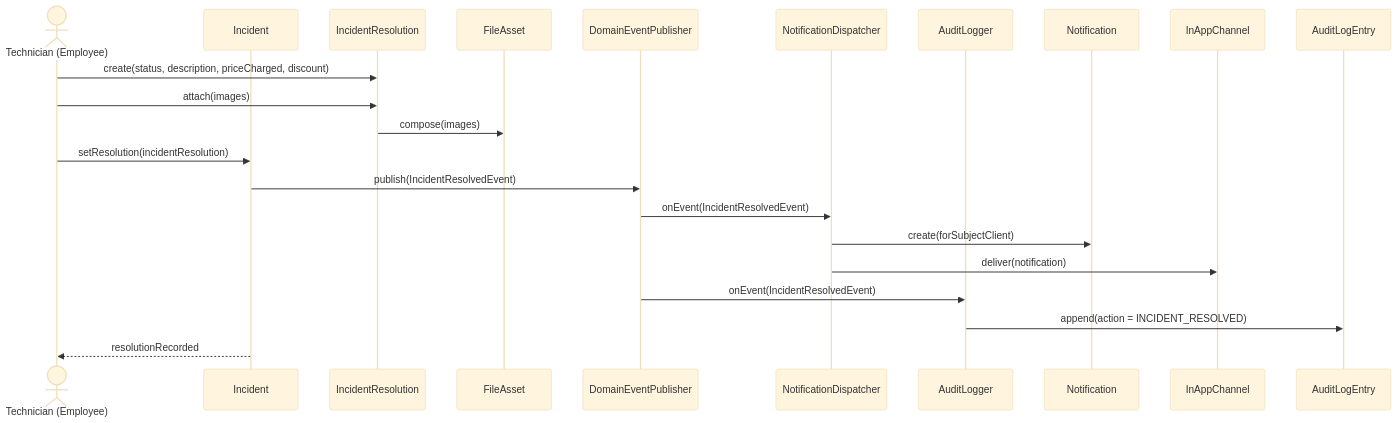
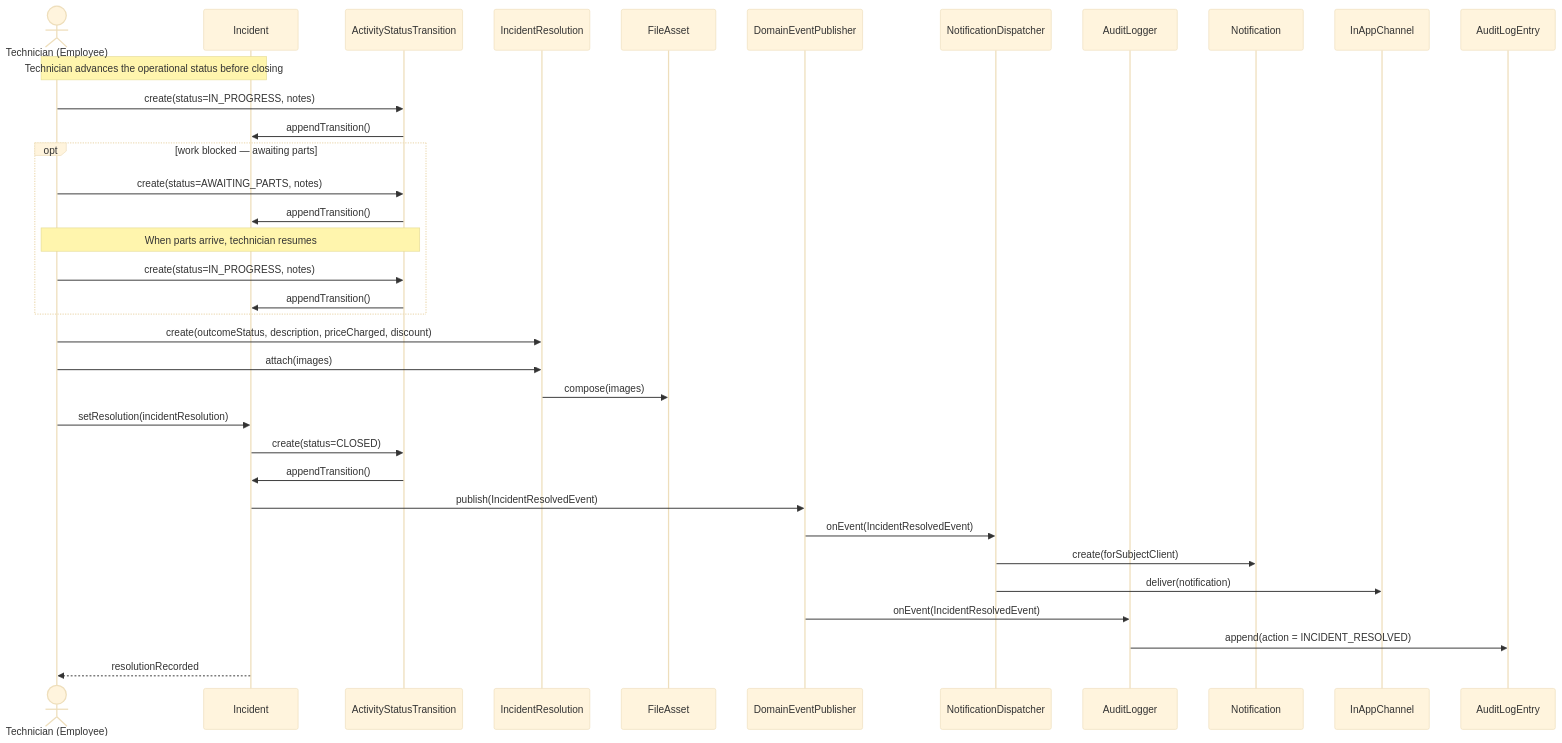
One commit to mariogarcia79/cmms-platform changed the second of 16 diagrams in docs/CMMS-AnalysisWorkflow.md. Above: the diagram before and after it, drawn with Mermaid (base theme). The commit also changed other lines of this file and 1 other file, not shown here.

Commit message:
docs: update requirements and analysis workflow to accommodate the new requirements identified while modeling the domain's class diagram

````diff
--- a/docs/CMMS-AnalysisWorkflow.md
+++ b/docs/CMMS-AnalysisWorkflow.md
@@ -190,22 +207,35 @@
 ```mermaid
 sequenceDiagram
     actor Technician as Technician (Employee)
     participant Incident
+    participant AST as ActivityStatusTransition
     participant IncidentResolution
     participant FileAsset
     participant Publisher as DomainEventPublisher
     participant Notifier as NotificationDispatcher
     participant Auditor as AuditLogger
 
-    Technician->>IncidentResolution: create(status, description, priceCharged, discount)
+    Note over Technician,Incident: Technician advances the operational status before closing
+    Technician->>AST: create(status=IN_PROGRESS, notes)
+    AST->>Incident: appendTransition()
+    opt work blocked — awaiting parts
+        Technician->>AST: create(status=AWAITING_PARTS, notes)
+        AST->>Incident: appendTransition()
+        Note over Technician,AST: When parts arrive, technician resumes
+        Technician->>AST: create(status=IN_PROGRESS, notes)
+        AST->>Incident: appendTransition()
+    end
+    Technician->>IncidentResolution: create(outcomeStatus, description, priceCharged, discount)
     Technician->>IncidentResolution: attach(images)
     IncidentResolution->>FileAsset: compose(images)
     Technician->>Incident: setResolution(incidentResolution)
+    Incident->>AST: create(status=CLOSED)
+    AST->>Incident: appendTransition()
     Incident->>Publisher: publish(IncidentResolvedEvent)
     Publisher->>Notifier: onEvent(IncidentResolvedEvent)
     Notifier->>Notification: create(forSubjectClient)
     Notifier->>InAppChannel: deliver(notification)
     Publisher->>Auditor: onEvent(IncidentResolvedEvent)
     Auditor->>AuditLogEntry: append(action = INCIDENT_RESOLVED)
     Incident-->>Technician: resolutionRecorded
 ```
````
